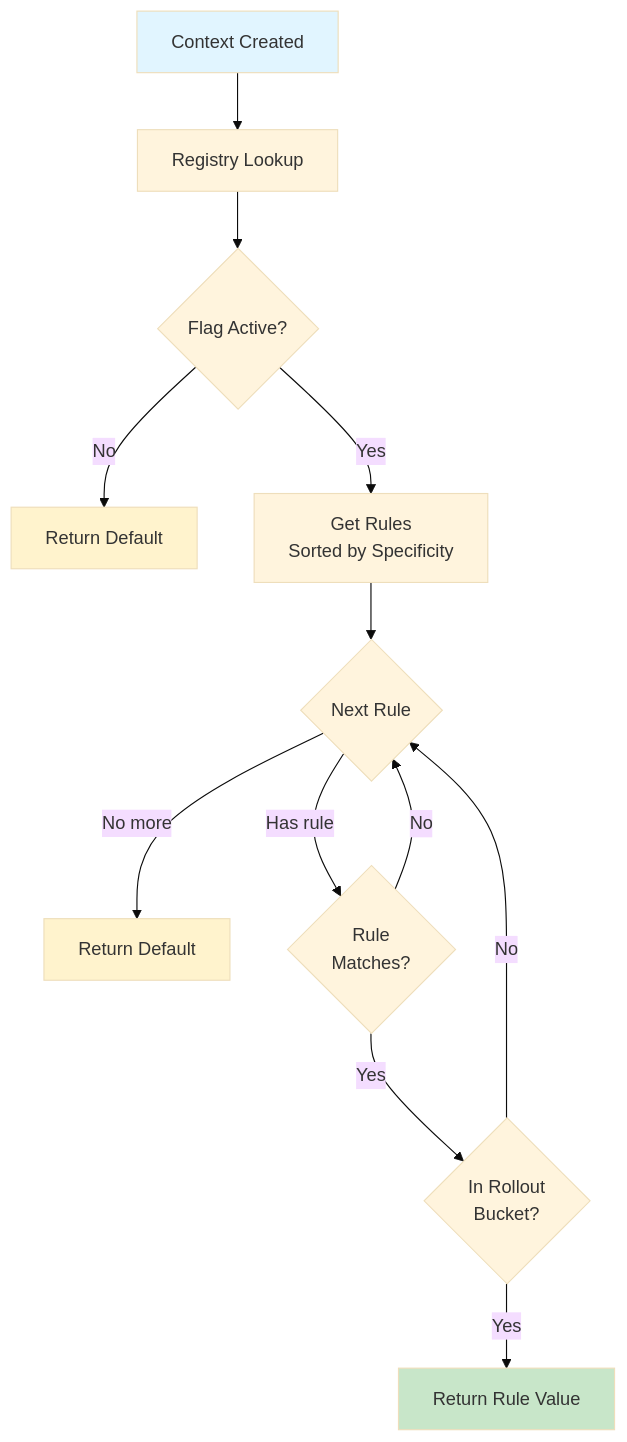
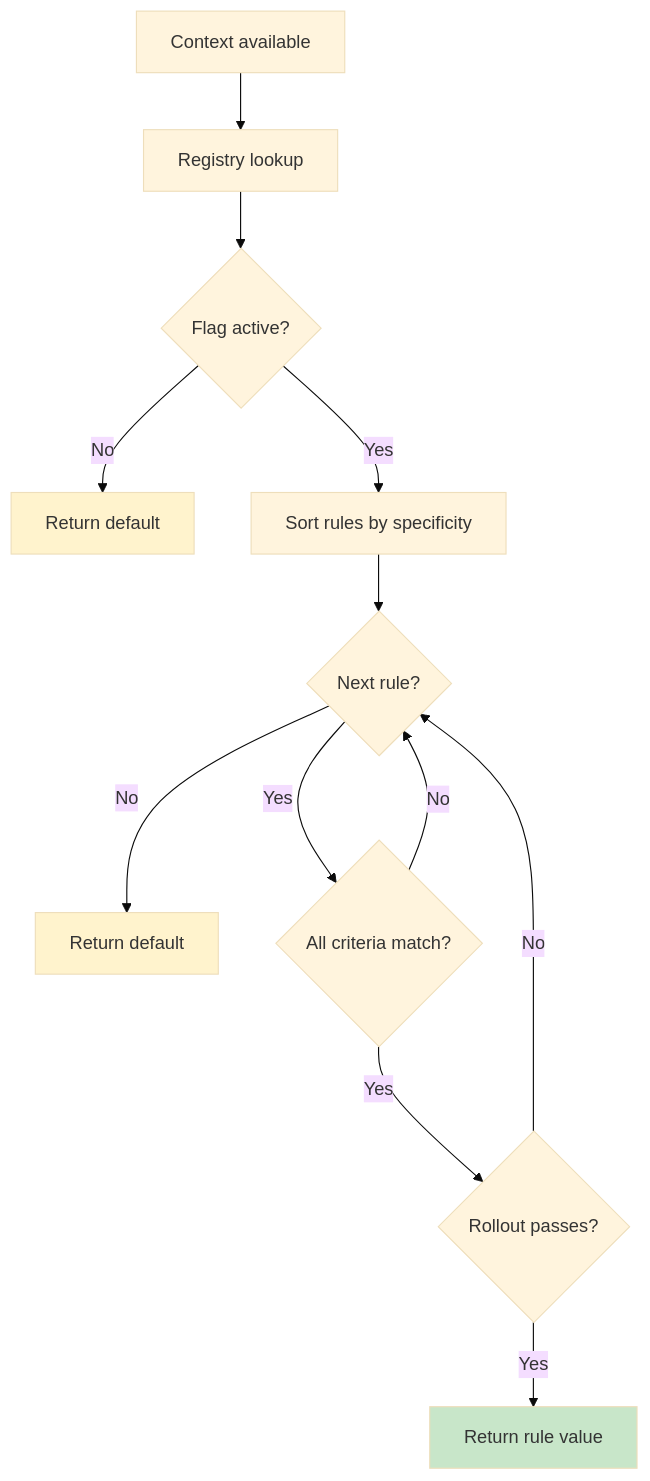
Before and after one commit to amichne/konditional: the diagram in docs/05-evaluation.md, drawn with Mermaid (base theme). The commit also changed other lines of this file and 23 other files, not shown here.

````diff
--- a/docs/05-evaluation.md
+++ b/docs/05-evaluation.md
@@ -38,22 +27,17 @@
 ```mermaid
 flowchart TD
-    Start[Context Created] --> Lookup[Registry Lookup]
-    Lookup --> Active{Flag Active?}
-    Active -->|No| Default1[Return Default]
-    Active -->|Yes| Rules[Get Rules<br/>Sorted by Specificity]
-
-    Rules --> NextRule{Next Rule}
-    NextRule -->|No more| Default2[Return Default]
-    NextRule -->|Has rule| Match{Rule<br/>Matches?}
-
-    Match -->|No| NextRule
-    Match -->|Yes| Rollout{In Rollout<br/>Bucket?}
-
-    Rollout -->|No| NextRule
-    Rollout -->|Yes| ReturnValue[Return Rule Value]
-
-    style Start fill:#e1f5ff
-    style ReturnValue fill:#c8e6c9
-    style Default1 fill:#fff3cd
-    style Default2 fill:#fff3cd
+  Start["Context available"] --> Lookup["Registry lookup"]
+  Lookup --> Active{Flag active?}
+  Active -->|No| Default1["Return default"]
+  Active -->|Yes| Sort["Sort rules by specificity"]
+  Sort --> Next{Next rule?}
+  Next -->|No| Default2["Return default"]
+  Next -->|Yes| Match{All criteria match?}
+  Match -->|No| Next
+  Match -->|Yes| Roll{Rollout passes?}
+  Roll -->|No| Next
+  Roll -->|Yes| Value["Return rule value"]
+  style Default1 fill:#fff3cd
+  style Default2 fill:#fff3cd
+  style Value fill:#c8e6c9
 ```
````
